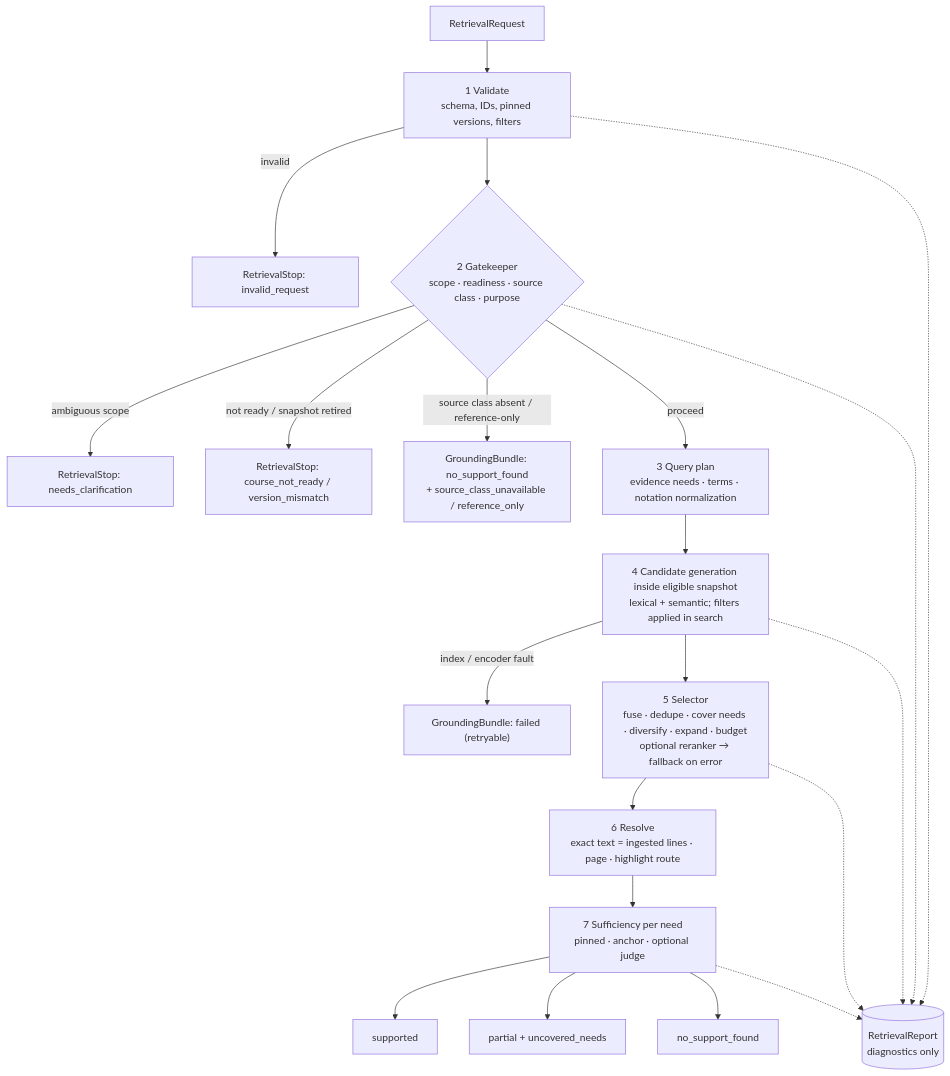
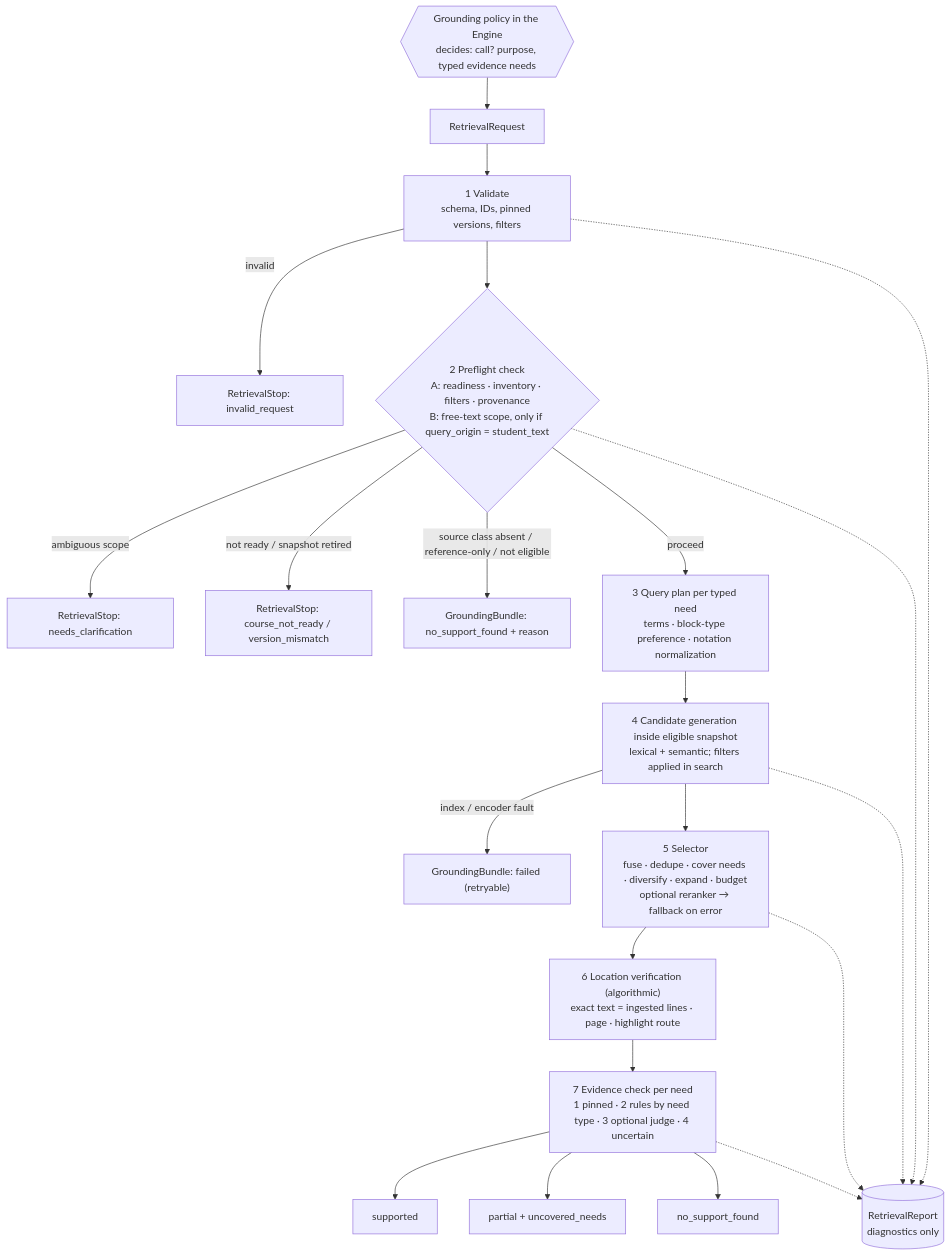
One commit to digital-professor-lab/digital-professor changed the diagram in specs/diagrams/retrieval-turn-flow.mmd. Above: the diagram before and after it, drawn with Mermaid.

Commit message:
Sean/diagram for turn-time retrieval flow: policy -> preflight -> search -> select -> verify -> evidence check
Replace the gate step with the preflight check (A: preconditions, B: free-text scope only for student text) and show the four-layer evidence check.

```diff
--- a/specs/diagrams/retrieval-turn-flow.mmd
+++ b/specs/diagrams/retrieval-turn-flow.mmd
@@ -1,22 +1,23 @@
 %% Turn-time retrieval flow, T3 (rag-retrieval.md §7.1)
 flowchart TD
-    A["RetrievalRequest"] --> B["1 Validate<br/>schema, IDs, pinned versions, filters"]
+    P{{"Grounding policy in the Engine<br/>decides: call? purpose, typed evidence needs"}} --> A["RetrievalRequest"]
+    A --> B["1 Validate<br/>schema, IDs, pinned versions, filters"]
     B -->|invalid| S1["RetrievalStop: invalid_request"]
-    B --> C{"2 Gatekeeper<br/>scope · readiness · source class · purpose"}
+    B --> C{"2 Preflight check<br/>A: readiness · inventory · filters · provenance<br/>B: free-text scope, only if query_origin = student_text"}
     C -->|ambiguous scope| S2["RetrievalStop: needs_clarification"]
     C -->|not ready / snapshot retired| S3["RetrievalStop: course_not_ready / version_mismatch"]
-    C -->|source class absent / reference-only| N0["GroundingBundle: no_support_found<br/>+ source_class_unavailable / reference_only"]
-    C -->|proceed| D["3 Query plan<br/>evidence needs · terms · notation normalization"]
+    C -->|source class absent / reference-only / not eligible| N0["GroundingBundle: no_support_found + reason"]
+    C -->|proceed| D["3 Query plan per typed need<br/>terms · block-type preference · notation normalization"]
     D --> E["4 Candidate generation inside eligible snapshot<br/>lexical + semantic; filters applied in search"]
     E -->|index / encoder fault| F1["GroundingBundle: failed (retryable)"]
     E --> G["5 Selector<br/>fuse · dedupe · cover needs · diversify · expand · budget<br/>optional reranker → fallback on error"]
-    G --> H["6 Resolve<br/>exact text = ingested lines · page · highlight route"]
-    H --> I["7 Sufficiency per need<br/>pinned · anchor · optional judge"]
+    G --> H["6 Location verification (algorithmic)<br/>exact text = ingested lines · page · highlight route"]
+    H --> I["7 Evidence check per need<br/>1 pinned · 2 rules by need type · 3 optional judge · 4 uncertain"]
     I --> J1["supported"]
     I --> J2["partial + uncovered_needs"]
     I --> J3["no_support_found"]
     B -.-> R[("RetrievalReport<br/>diagnostics only")]
     C -.-> R
     E -.-> R
     G -.-> R
     I -.-> R
```
